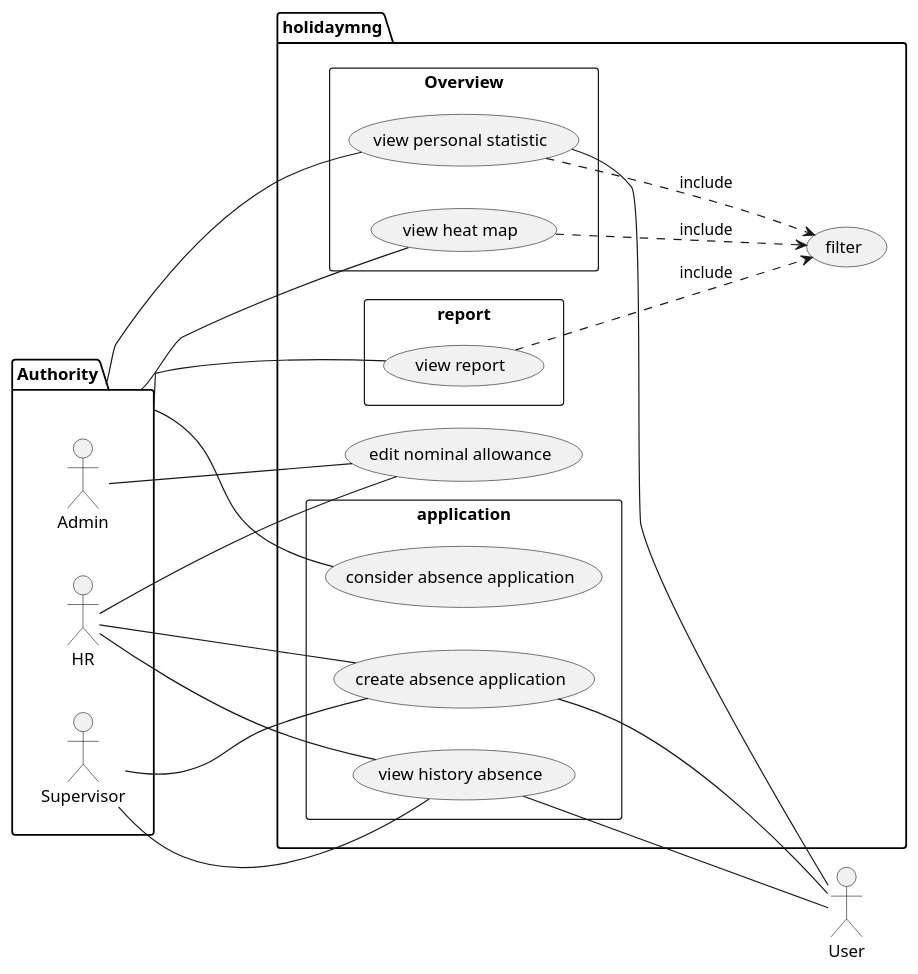
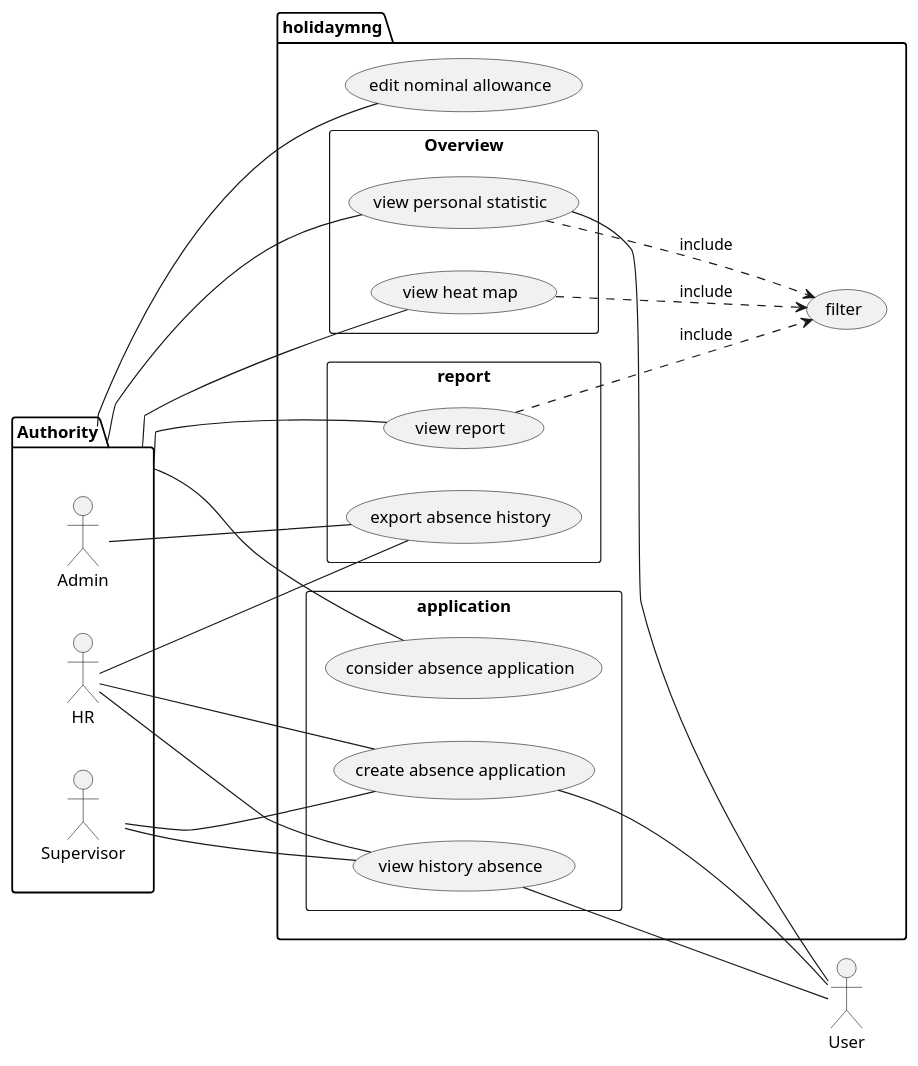
Before and after one commit to ntathuw/lms: the diagram in timeoff/usecasetm.pu, drawn with PlantUML.

Commit message:
edit usecase diagram tm

```diff
--- a/timeoff/usecasetm.pu
+++ b/timeoff/usecasetm.pu
@@ -1,63 +1,51 @@
 @startuml
 left to right direction
 
 package holidaymng {
     rectangle Overview {
         usecase "view personal statistic" as uc1
         usecase "view heat map" as uc2
     }
     rectangle report {
         usecase "view report" as uc3
+        usecase "export absence history" as uc9
     }
     rectangle application {
         usecase "create absence application" as uc4
         usecase "consider absence application" as uc5
         usecase "view history absence" as uc7
     }
     usecase "edit nominal allowance" as uc6
     usecase "filter" as uc8
 
 }
     
 package Authority {
     actor Admin 
     actor Supervisor 
     actor HR 
 }
 actor User 
 
 Authority --- uc1
 Authority --- uc2
 uc1 .--> uc8:include
 uc2 .--> uc8:include
-
+Authority --- uc6
 uc1 --- User
 
 Authority -- uc3
 uc3 .--> uc8:include
 
 uc4 --- User
 HR --- uc4
-Supervisor --- uc4
+Supervisor -- uc4
 
 Authority --- uc5
 uc7 --- User
 HR -- uc7
 Supervisor --- uc7
 
-Admin -- uc6
-HR -- uc6
-
-
-
-
-
-
-
-
-
-
-
-
-
+HR --- uc9
+Admin --- uc9 
 @enduml 
```
